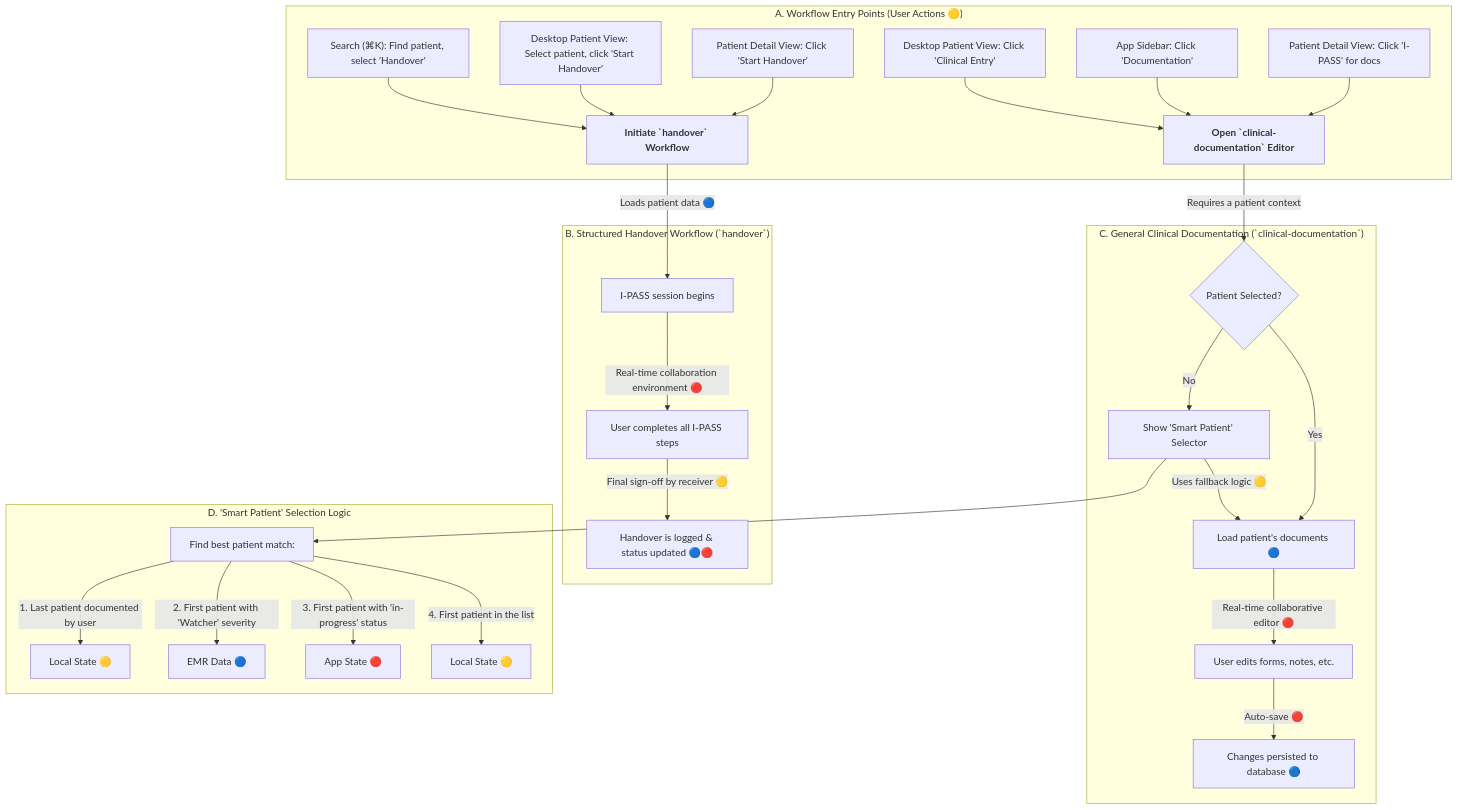
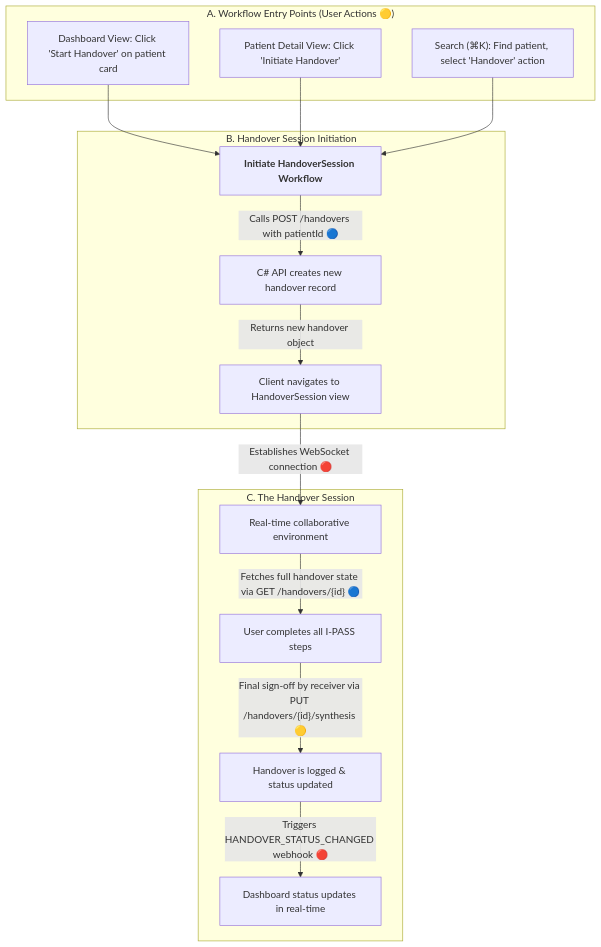
One commit to LuisCusihuaman/relevo-static-poc changed the second of 2 diagrams in docs/features/03-collaboration-flow.md. Above: the diagram before and after it, drawn with Mermaid. The commit also changed other lines of this file and 5 other files, not shown here.

````diff
--- a/docs/features/03-collaboration-flow.md
+++ b/docs/features/03-collaboration-flow.md
@@ -57,39 +61,21 @@
 ```mermaid
 graph TD
     subgraph "A. Workflow Entry Points (User Actions 🟡)"
-        A1["Patient Detail View: Click 'Start Handover'"] --> B1
-        A2["Desktop Patient View: Select patient, click 'Start Handover'"] --> B1
-        A3["Search (⌘K): Find patient, select 'Handover'"] --> B1
-
-        B1["<b>Initiate `handover` Workflow</b>"]
-
-        C1["Patient Detail View: Click 'I-PASS' for docs"] --> D1
-        C2["App Sidebar: Click 'Documentation'"] --> D1
-        C3["Desktop Patient View: Click 'Clinical Entry'"] --> D1
-
-        D1["<b>Open `clinical-documentation` Editor</b>"]
+        A1["Dashboard View: Click 'Start Handover' on patient card"]
+        A2["Patient Detail View: Click 'Initiate Handover'"]
+        A3["Search (⌘K): Find patient, select 'Handover' action"]
     end
 
-    subgraph "B. Structured Handover Workflow (`handover`)"
-        B1 -- "Loads patient data 🔵" --> B2["I-PASS session begins"]
-        B2 -- "Real-time collaboration environment 🔴" --> B3["User completes all I-PASS steps"]
-        B3 -- "Final sign-off by receiver 🟡" --> B4["Handover is logged & status updated 🔵🔴"]
+    subgraph "B. Handover Session Initiation"
+        A1 & A2 & A3 --> B1["<b>Initiate HandoverSession Workflow</b>"]
+        B1 -- "Calls POST /handovers with patientId 🔵" --> B2["C# API creates new handover record"]
+        B2 -- "Returns new handover object" --> B3["Client navigates to HandoverSession view"]
     end
 
-    subgraph "C. General Clinical Documentation (`clinical-documentation`)"
-        D1 -- "Requires a patient context" --> D2{"Patient Selected?"}
-        D2 -- Yes --> D3["Load patient's documents 🔵"]
-        D2 -- No --> D4["Show 'Smart Patient' Selector"]
-        D4 -- "Uses fallback logic 🟡" --> D3
-        D3 -- "Real-time collaborative editor 🔴" --> D5["User edits forms, notes, etc."]
-        D5 -- "Auto-save 🔴" --> D6["Changes persisted to database 🔵"]
-    end
-
-    subgraph "D. 'Smart Patient' Selection Logic"
-       D4 --> LOGIC["Find best patient match:"]
-       LOGIC --> |"1. Last patient documented by user"| P1["Local State 🟡"]
-       LOGIC --> |"2. First patient with 'Watcher' severity"| P2["EMR Data 🔵"]
-       LOGIC --> |"3. First patient with 'in-progress' status"| P3["App State 🔴"]
-       LOGIC --> |"4. First patient in the list"| P4["Local State 🟡"]
+    subgraph "C. The Handover Session"
+        B3 -- "Establishes WebSocket connection 🔴" --> C1["Real-time collaborative environment"]
+        C1 -- "Fetches full handover state via GET /handovers/{id} 🔵" --> C2["User completes all I-PASS steps"]
+        C2 -- "Final sign-off by receiver via PUT /handovers/{id}/synthesis 🟡" --> C3["Handover is logged & status updated"]
+        C3 -- "Triggers HANDOVER_STATUS_CHANGED webhook 🔴" --> C4["Dashboard status updates in real-time"]
     end
 ```
````
